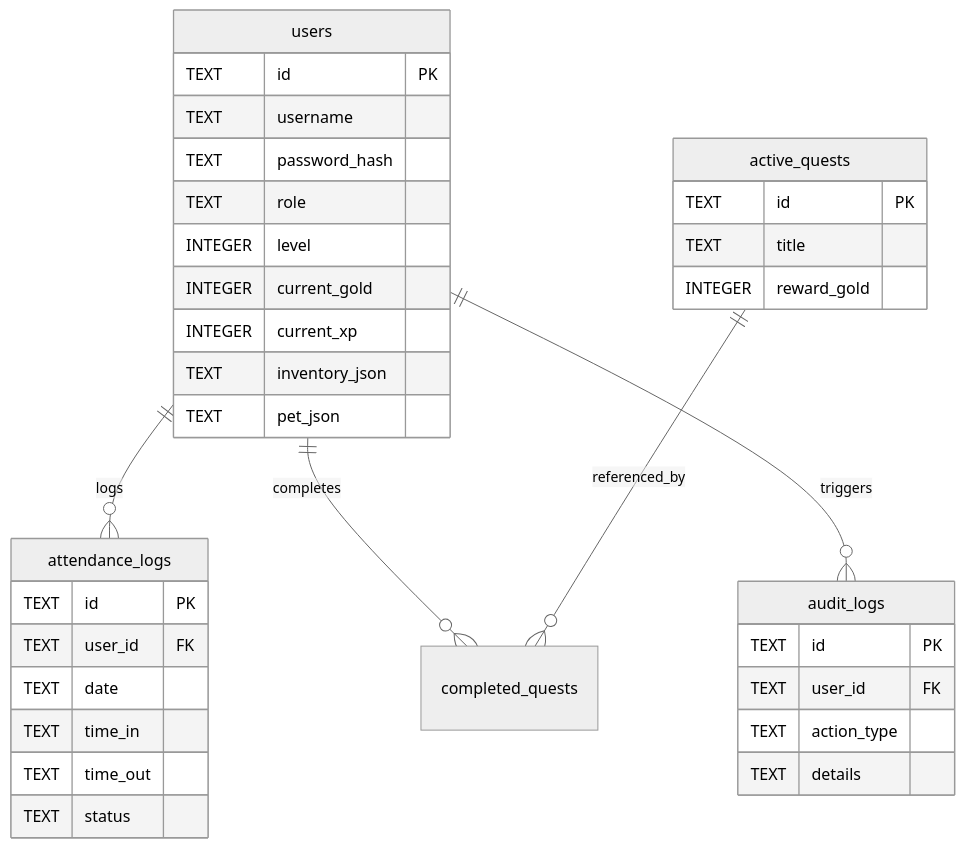
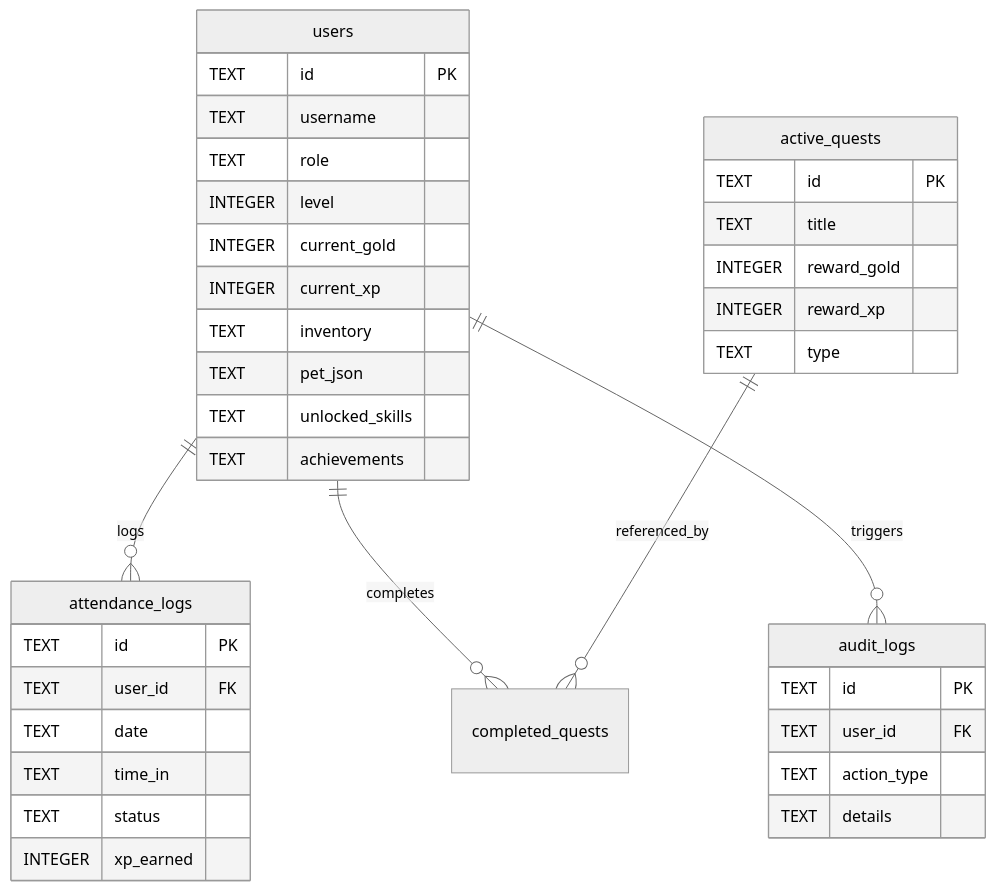
One commit to Golgrax/gOwOrk changed the second of 2 diagrams in docs/06_Software_Model_Design.md. Above: the diagram before and after it, drawn with Mermaid (neutral theme). The commit also changed other lines of this file and 15 other files, not shown here.

````diff
--- a/docs/06_Software_Model_Design.md
+++ b/docs/06_Software_Model_Design.md
@@ -45,41 +45,44 @@
 ```mermaid
 erDiagram
     users ||--o{ attendance_logs : "logs"
     users ||--o{ completed_quests : "completes"
     users ||--o{ audit_logs : "triggers"
     active_quests ||--o{ completed_quests : "referenced_by"
     
     users {
         TEXT id PK
         TEXT username
-        TEXT password_hash
         TEXT role
         INTEGER level
         INTEGER current_gold
         INTEGER current_xp
-        TEXT inventory_json
+        TEXT inventory
         TEXT pet_json
+        TEXT unlocked_skills
+        TEXT achievements
     }
 
     attendance_logs {
         TEXT id PK
         TEXT user_id FK
         TEXT date
         TEXT time_in
-        TEXT time_out
         TEXT status
+        INTEGER xp_earned
     }
 
     active_quests {
         TEXT id PK
         TEXT title
         INTEGER reward_gold
+        INTEGER reward_xp
+        TEXT type
     }
 
     audit_logs {
         TEXT id PK
         TEXT user_id FK
         TEXT action_type
         TEXT details
     }
 ```
````
